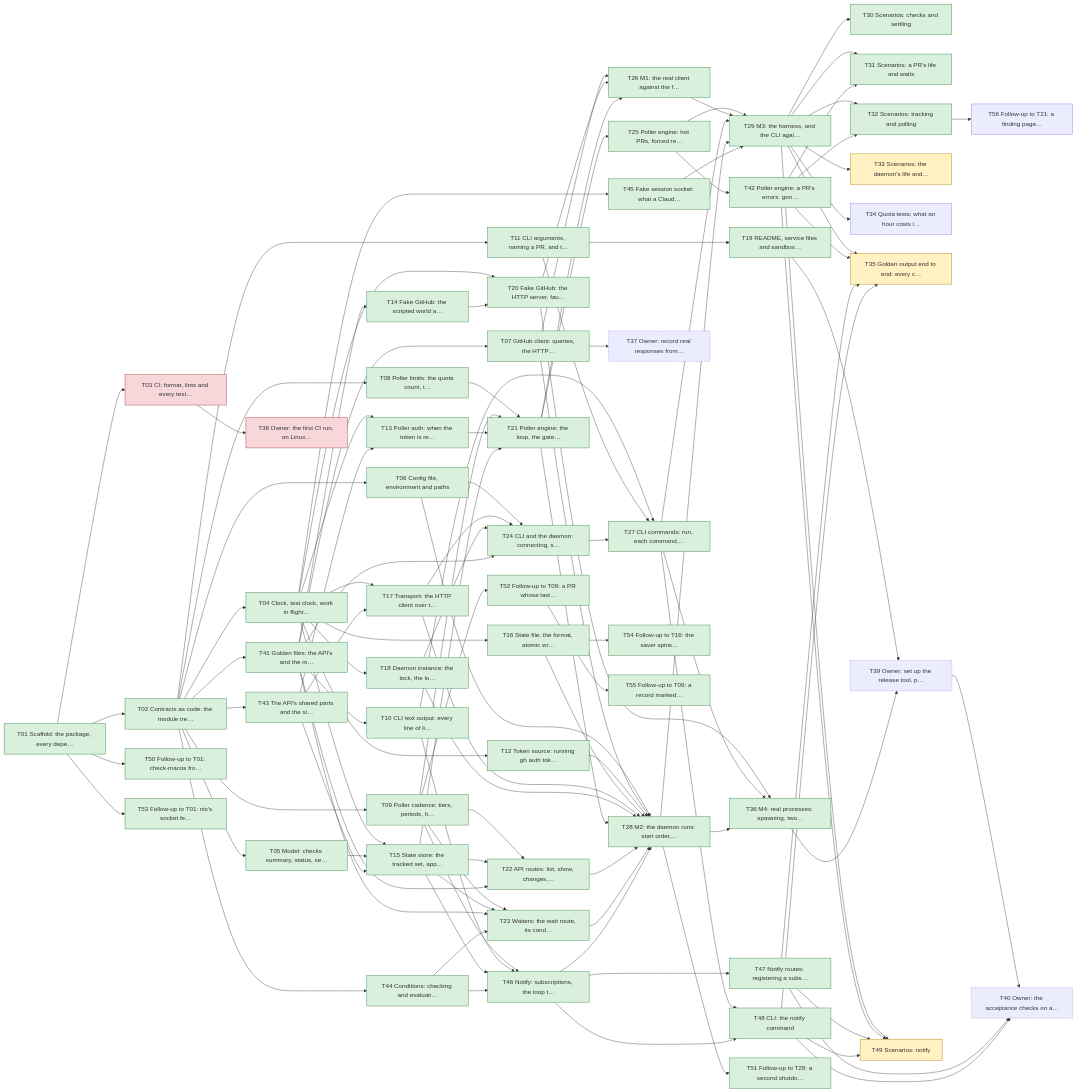
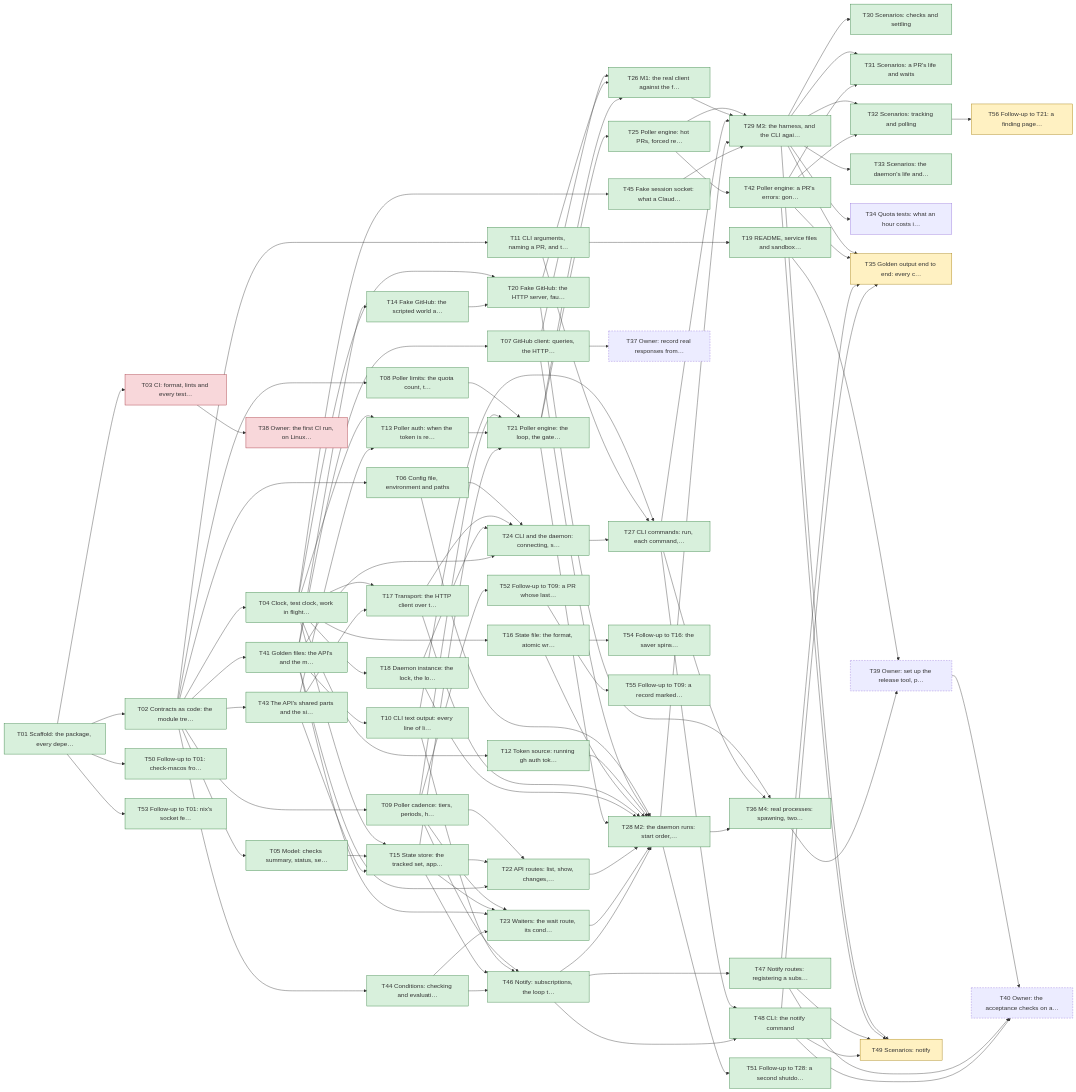
One commit to yachiko/circitor changed the diagram in plan/README.md. Above: the diagram before and after it, drawn with Mermaid. The commit also changed other lines of this file and 3 other files, not shown here.

```diff
--- a/plan/README.md
+++ b/plan/README.md
@@ -175,7 +175,7 @@
   T30["T30 Scenarios: checks and settling"]:::done
   T31["T31 Scenarios: a PR's life and waits"]:::done
   T32["T32 Scenarios: tracking and polling"]:::done
-  T33["T33 Scenarios: the daemon's life and…"]:::active
+  T33["T33 Scenarios: the daemon's life and…"]:::done
   T34["T34 Quota tests: what an hour costs i…"]
   T35["T35 Golden output end to end: every c…"]:::active
   T36["T36 M4: real processes: spawning, two…"]:::done
@@ -198,7 +198,7 @@
   T53["T53 Follow-up to T01: nix's socket fe…"]:::done
   T54["T54 Follow-up to T16: the saver spins…"]:::done
   T55["T55 Follow-up to T09: a record marked…"]:::done
-  T56["T56 Follow-up to T21: a finding page…"]
+  T56["T56 Follow-up to T21: a finding page…"]:::active
   T01 --> T02
   T01 --> T03
   T02 --> T04
```
